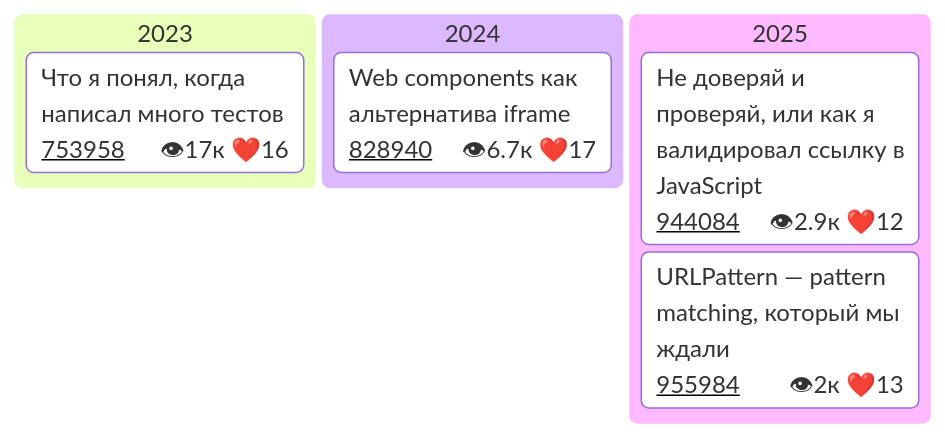
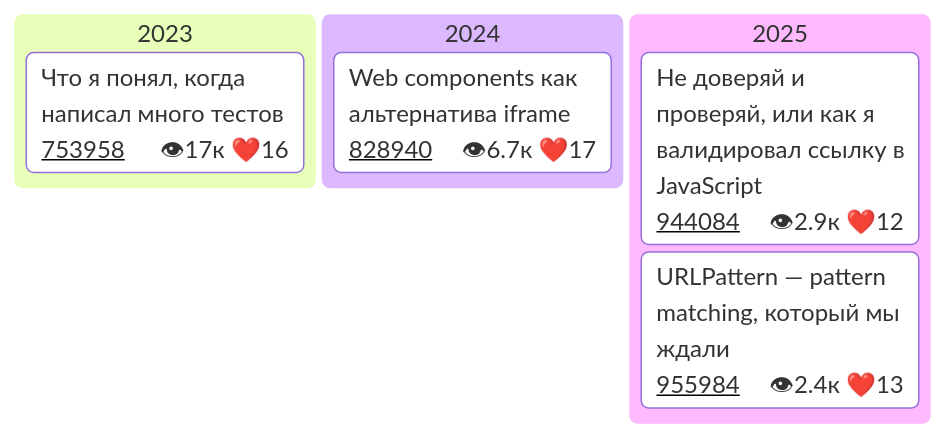
The fourth of 4 diagrams in README.md (Goodzonchik/Goodzonchik), drawn with Mermaid before and after one commit.

````diff
--- a/README.md
+++ b/README.md
@@ -51,28 +51,28 @@
 ```mermaid
 ---
 config:
   kanban:
     ticketBaseUrl: 'https://habr.com/ru/companies/tbank/articles/#TICKET#'
 
 ---
 kanban
   2023
     card1["Что я понял, когда написал много тестов"]@{
       ticket: 753958
       assigned: 👁17к ❤️16
     }
   2024
     card2["Web components как альтернатива iframe"]@{
       ticket: 828940
       assigned: 👁6.7к ❤️17
     }
   2025
     card3["Не доверяй и проверяй, или как я валидировал ссылку в JavaScript"]@{
       ticket: 944084
       assigned: 👁2.9к ❤️12
     }
    card4["URLPattern — pattern matching, который мы ждали"]@{
       ticket: 955984
-      assigned: 👁2к ❤️13
+      assigned: 👁2.4к ❤️13
     }
 ```
````
